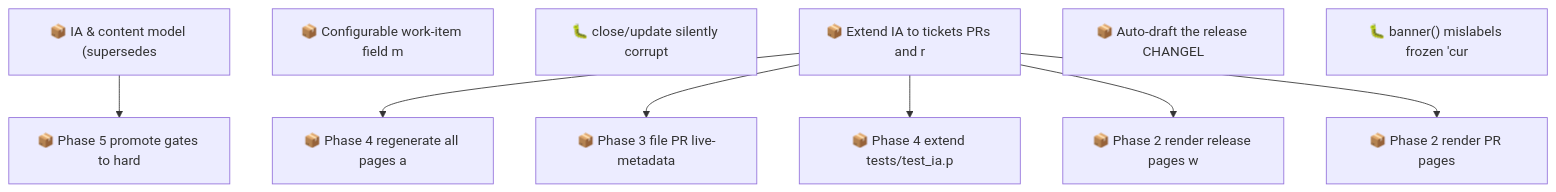
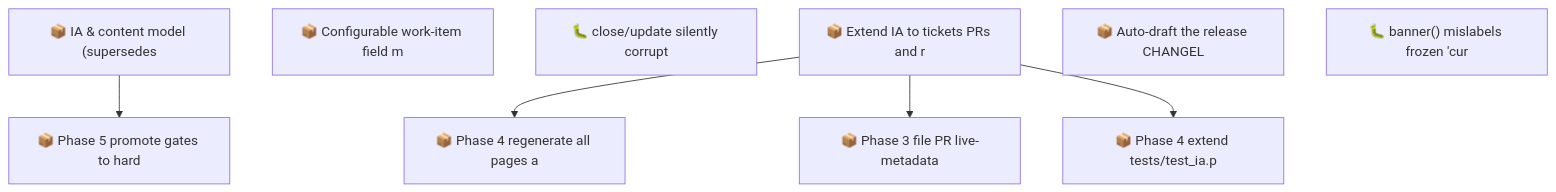
Before and after one commit to SpillwaveSolutions/wiki_ticket_sdd: the second of 2 diagrams in docs/roadmap.md, drawn with Mermaid. The commit also changed other lines of this file and 41 other files, not shown here.

````diff
--- a/docs/roadmap.md
+++ b/docs/roadmap.md
@@ -98,21 +92,17 @@
 ```mermaid
 graph TD
     01KY5G9ZW0H2YMNWDFJYGRPYE5["📦 IA & content model (supersedes"]
     01KY5G9ZW0RABXWHEMEP1FAV2G["📦 Phase 5 promote gates to hard"]
     01KY5NE0ZYGBWG44N0KPEBFCZ8["📦 Configurable work-item field m"]
     01KYA99TVCGX79HFNHN1DVT7Y6["🐛 close/update silently corrupt"]
     01KYABYEQP8ANXGYPBCV2T20D8["📦 Extend IA to tickets PRs and r"]
     01KYABYEQPDS2VFQKQ7B6YXZVR["📦 Phase 4 regenerate all pages a"]
     01KYABYEQPF8N2K26ENRKREE0W["📦 Phase 3 file PR live-metadata"]
     01KYABYEQPNK7HHH5CMAR2V1JG["📦 Phase 4 extend tests/test_ia.p"]
-    01KYABYEQPP82DJEN19F43YRAE["📦 Phase 2 render release pages w"]
-    01KYABYEQPW8Q2RGGTNP71W88E["📦 Phase 2 render PR pages"]
     01KYAC0AC01R4C6W7YY1X8NVRV["📦 Auto-draft the release CHANGEL"]
     01KYACFJA0SQSF4C83BJZXB5MY["🐛 banner() mislabels frozen 'cur"]
     01KY5G9ZW0H2YMNWDFJYGRPYE5 --> 01KY5G9ZW0RABXWHEMEP1FAV2G
     01KYABYEQP8ANXGYPBCV2T20D8 --> 01KYABYEQPDS2VFQKQ7B6YXZVR
     01KYABYEQP8ANXGYPBCV2T20D8 --> 01KYABYEQPF8N2K26ENRKREE0W
     01KYABYEQP8ANXGYPBCV2T20D8 --> 01KYABYEQPNK7HHH5CMAR2V1JG
-    01KYABYEQP8ANXGYPBCV2T20D8 --> 01KYABYEQPP82DJEN19F43YRAE
-    01KYABYEQP8ANXGYPBCV2T20D8 --> 01KYABYEQPW8Q2RGGTNP71W88E
 ```
````
